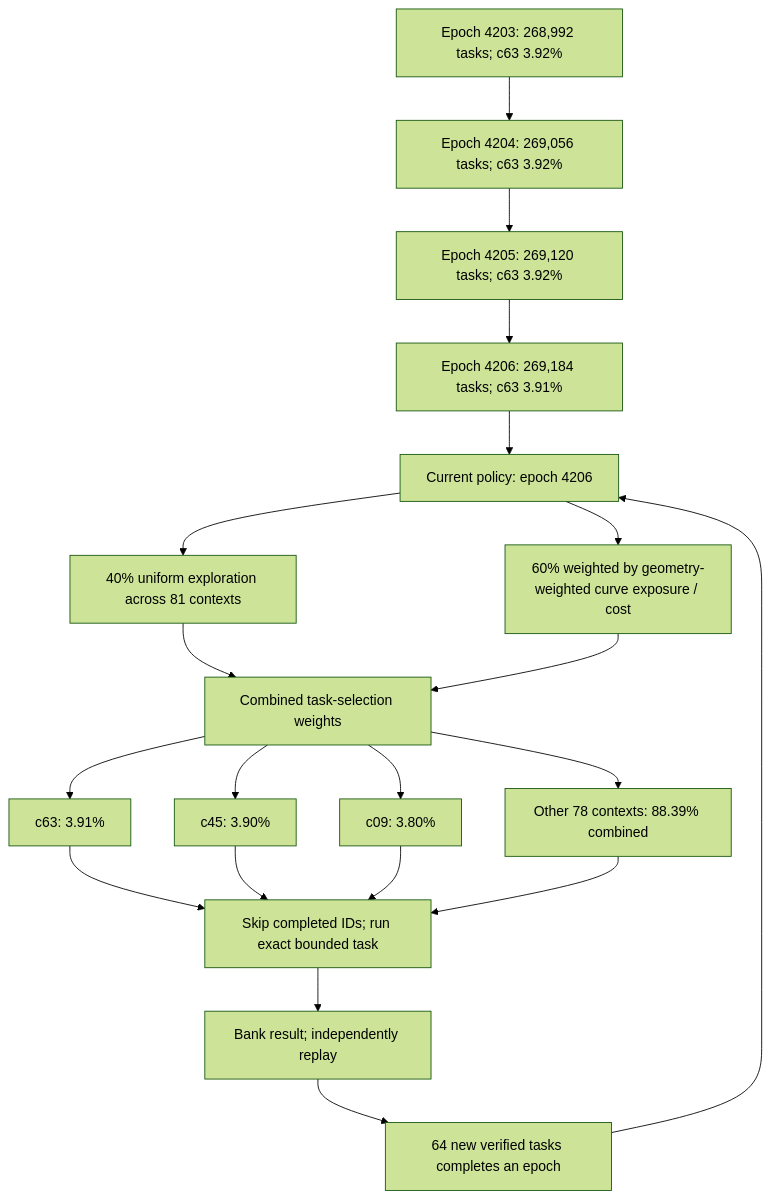
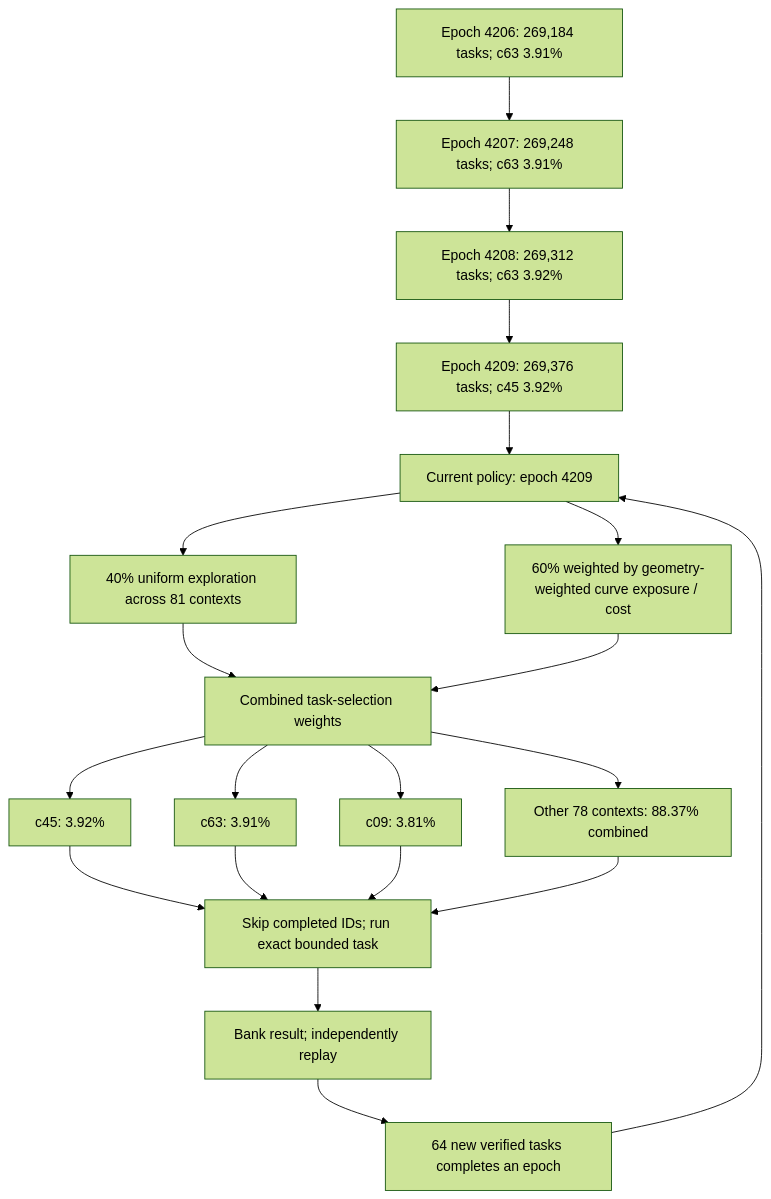
Before and after one commit to Kuberwastaken/math-gambling: the first of 3 diagrams in README.md, drawn with Mermaid (forest theme). The commit also changed other lines of this file and 523 other files, not shown here.

````diff
--- a/README.md
+++ b/README.md
@@ -60,27 +60,27 @@
 ```mermaid
 flowchart TD
-    H0["Epoch 4203: 268,992 tasks; c63 3.92%"]
-    H1["Epoch 4204: 269,056 tasks; c63 3.92%"]
+    H0["Epoch 4206: 269,184 tasks; c63 3.91%"]
+    H1["Epoch 4207: 269,248 tasks; c63 3.91%"]
     H0 --> H1
-    H2["Epoch 4205: 269,120 tasks; c63 3.92%"]
+    H2["Epoch 4208: 269,312 tasks; c63 3.92%"]
     H1 --> H2
-    H3["Epoch 4206: 269,184 tasks; c63 3.91%"]
+    H3["Epoch 4209: 269,376 tasks; c45 3.92%"]
     H2 --> H3
-    Policy["Current policy: epoch 4206"]
+    Policy["Current policy: epoch 4209"]
     H3 --> Policy
     Policy --> Explore["40% uniform exploration across 81 contexts"]
     Policy --> Cost["60% weighted by geometry-weighted curve exposure / cost"]
     Explore --> Mix["Combined task-selection weights"]
     Cost --> Mix
-    Mix --> C0["c63: 3.91%"]
-    Mix --> C1["c45: 3.90%"]
-    Mix --> C2["c09: 3.80%"]
-    Mix --> Rest["Other 78 contexts: 88.39% combined"]
+    Mix --> C0["c45: 3.92%"]
+    Mix --> C1["c63: 3.91%"]
+    Mix --> C2["c09: 3.81%"]
+    Mix --> Rest["Other 78 contexts: 88.37% combined"]
     C0 --> Check["Skip completed IDs; run exact bounded task"]
     C1 --> Check
     C2 --> Check
     Rest --> Check
     Check --> Replay["Bank result; independently replay"]
     Replay --> Gate["64 new verified tasks completes an epoch"]
     Gate --> Policy
 ```
````
